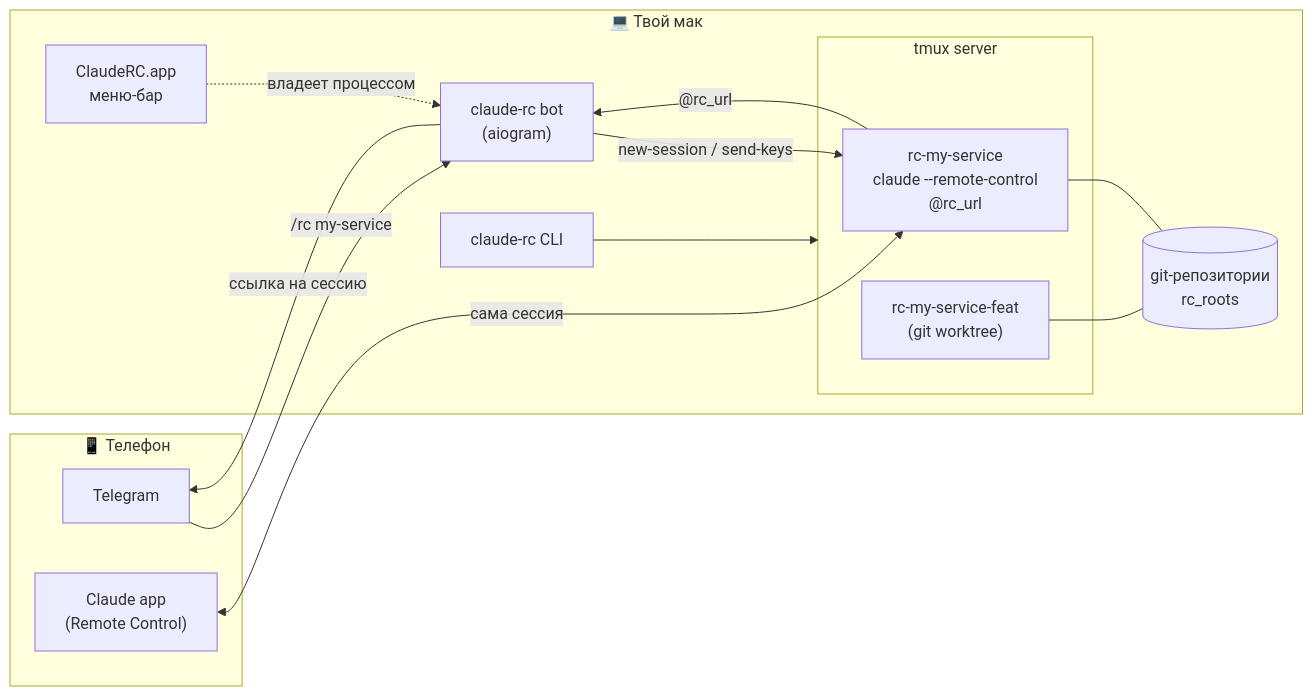
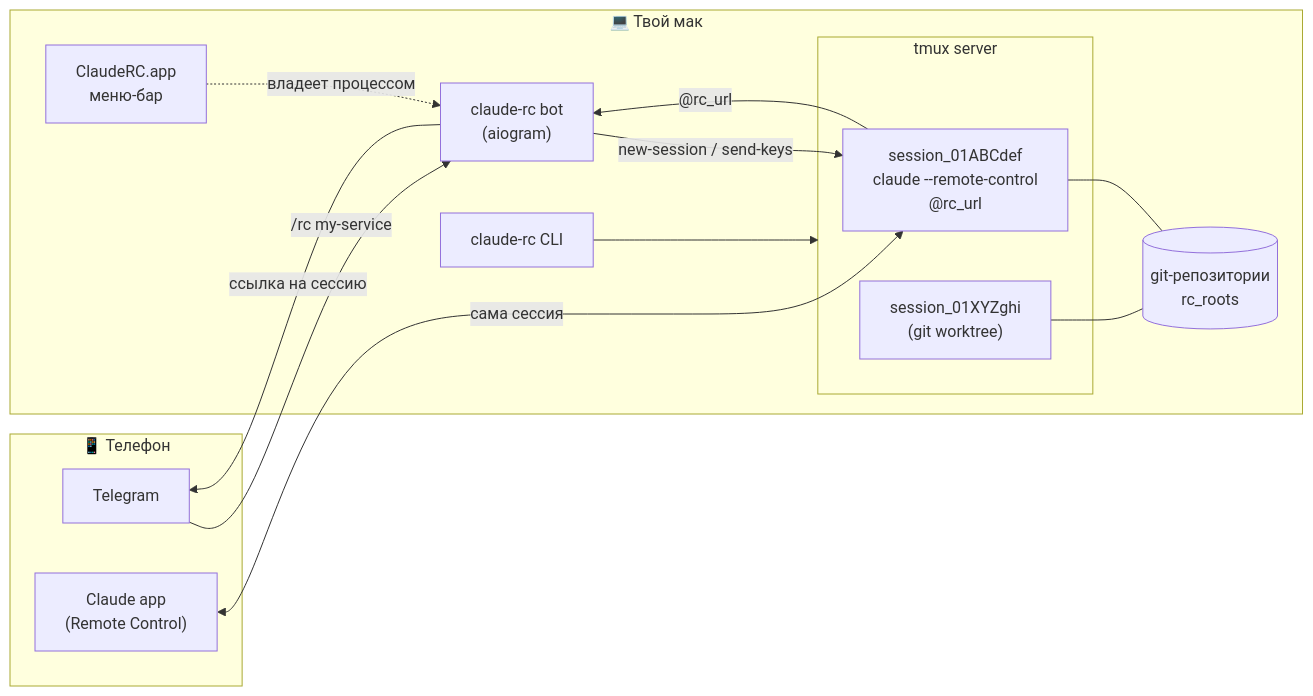
One commit to nvinnikov/claude-rc changed the diagram in README.ru.md. Above: the diagram before and after it, drawn with Mermaid. The commit also changed other lines of this file and 9 other files, not shown here.

````diff
--- a/README.ru.md
+++ b/README.ru.md
@@ -443,28 +448,28 @@
 ```mermaid
 flowchart LR
     subgraph phone ["📱 Телефон"]
         TG["Telegram"]
         APP["Claude app<br/>(Remote Control)"]
     end
 
     subgraph mac ["💻 Твой мак"]
         MENU["ClaudeRC.app<br/>меню-бар"]
         BOT["claude-rc bot<br/>(aiogram)"]
         CLI["claude-rc CLI"]
         subgraph tmux ["tmux server"]
-            S1["rc-my-service<br/>claude --remote-control<br/>@rc_url"]
-            S2["rc-my-service-feat<br/>(git worktree)"]
+            S1["session_01ABCdef<br/>claude --remote-control<br/>@rc_url"]
+            S2["session_01XYZghi<br/>(git worktree)"]
         end
         REPOS[("git-репозитории<br/>rc_roots")]
     end
 
     TG -->|"/rc my-service"| BOT
     BOT -->|"new-session / send-keys"| S1
     S1 -->|"@rc_url"| BOT
     BOT -->|"ссылка на сессию"| TG
     CLI --> tmux
     MENU -.->|"владеет процессом"| BOT
     S1 --- REPOS
     S2 --- REPOS
     APP <-->|"сама сессия"| S1
 ```
````
